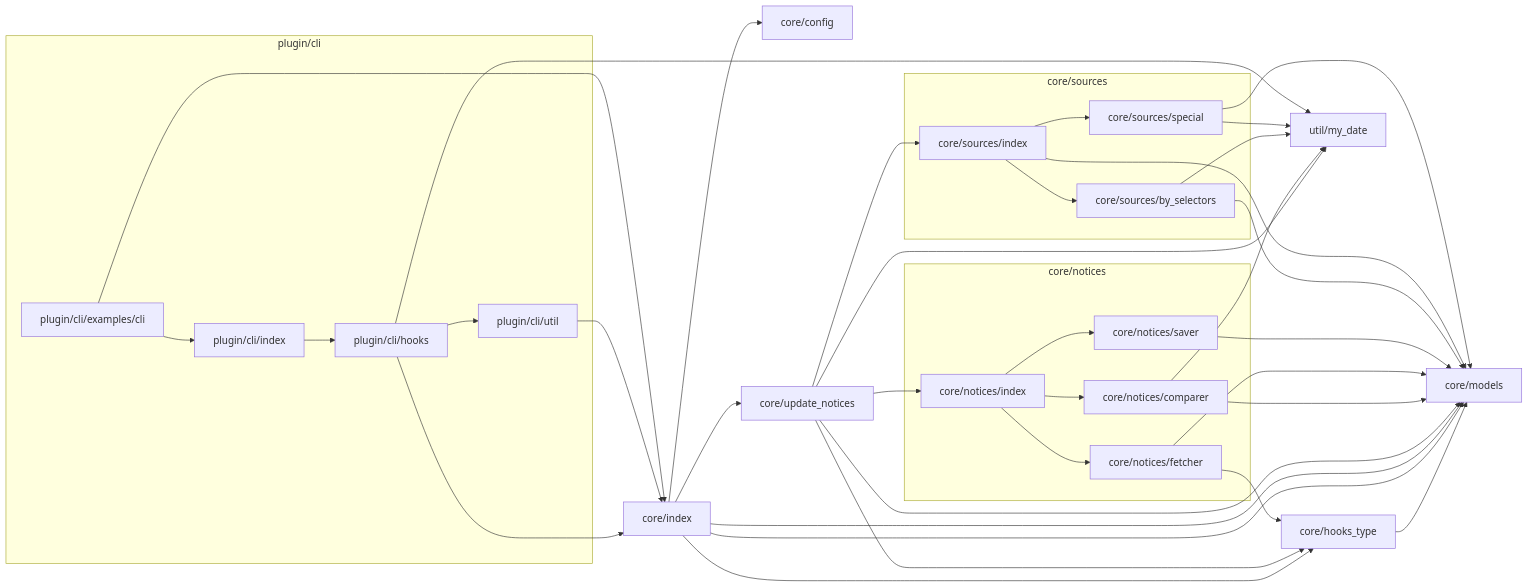
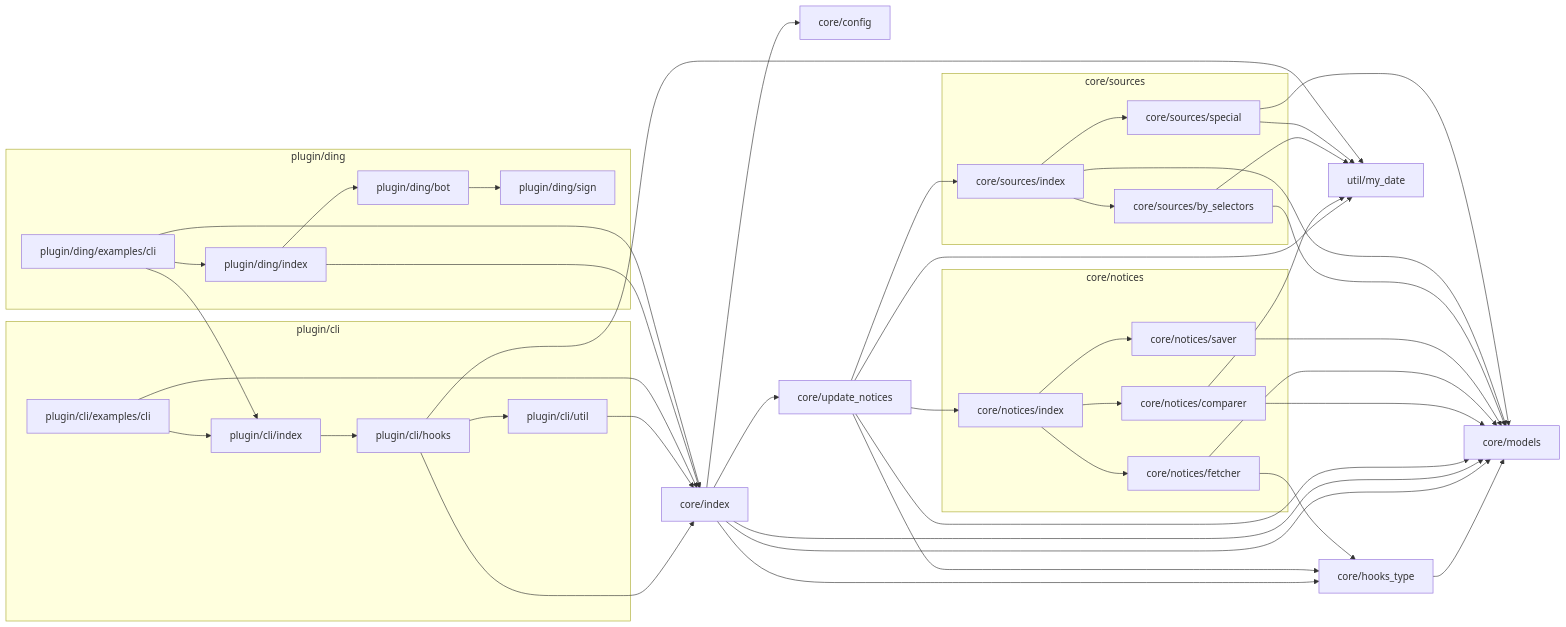
Before and after one commit to YDX-2147483647/bulletin-issues-transferred: the first of 2 diagrams in documentation.md, drawn with Mermaid. The commit also changed 6 other files, not shown here.

Commit message:
[ding] 不再调用`core`的细节

````diff
--- a/documentation.md
+++ b/documentation.md
@@ -28,57 +28,70 @@
 ```mermaid
 flowchart LR
   core/hooks_type --> core/models
   core/index --> core/config
   core/index --> core/hooks_type
   core/index --> core/update_notices
   core/index --> core/models
   core/index --> core/models
   core/update_notices --> util/my_date
   core/update_notices --> core/hooks_type
   core/update_notices --> core/models
   core/update_notices --> core/notices/index
   core/update_notices --> core/sources/index
   core/notices/comparer --> util/my_date
   core/notices/comparer --> core/models
   core/notices/fetcher --> core/hooks_type
   core/notices/fetcher --> core/models
   core/notices/index --> core/notices/comparer
   core/notices/index --> core/notices/fetcher
   core/notices/index --> core/notices/saver
   core/notices/saver --> core/models
   core/sources/by_selectors --> util/my_date
   core/sources/by_selectors --> core/models
   core/sources/index --> core/models
   core/sources/index --> core/sources/by_selectors
   core/sources/index --> core/sources/special
   core/sources/special --> util/my_date
   core/sources/special --> core/models
   plugin/cli/hooks --> core/index
   plugin/cli/hooks --> util/my_date
   plugin/cli/hooks --> plugin/cli/util
   plugin/cli/index --> plugin/cli/hooks
   plugin/cli/util --> core/index
   plugin/cli/examples/cli --> core/index
   plugin/cli/examples/cli --> plugin/cli/index
+  plugin/ding/bot --> plugin/ding/sign
+  plugin/ding/index --> core/index
+  plugin/ding/index --> plugin/ding/bot
+  plugin/ding/examples/cli --> core/index
+  plugin/ding/examples/cli --> plugin/cli/index
+  plugin/ding/examples/cli --> plugin/ding/index
 
   subgraph core/sources
     core/sources/by_selectors
     core/sources/index
     core/sources/special
   end
 
   subgraph core/notices
     core/notices/index
     core/notices/saver
     core/notices/fetcher
     core/notices/comparer
   end
 
   subgraph plugin/cli
     plugin/cli/index
     plugin/cli/util
     plugin/cli/hooks
     plugin/cli/examples/cli
   end
 
+  subgraph plugin/ding
+    plugin/ding/index
+    plugin/ding/bot
+    plugin/ding/sign
+    plugin/ding/examples/cli
+  end
+
 ```
````
